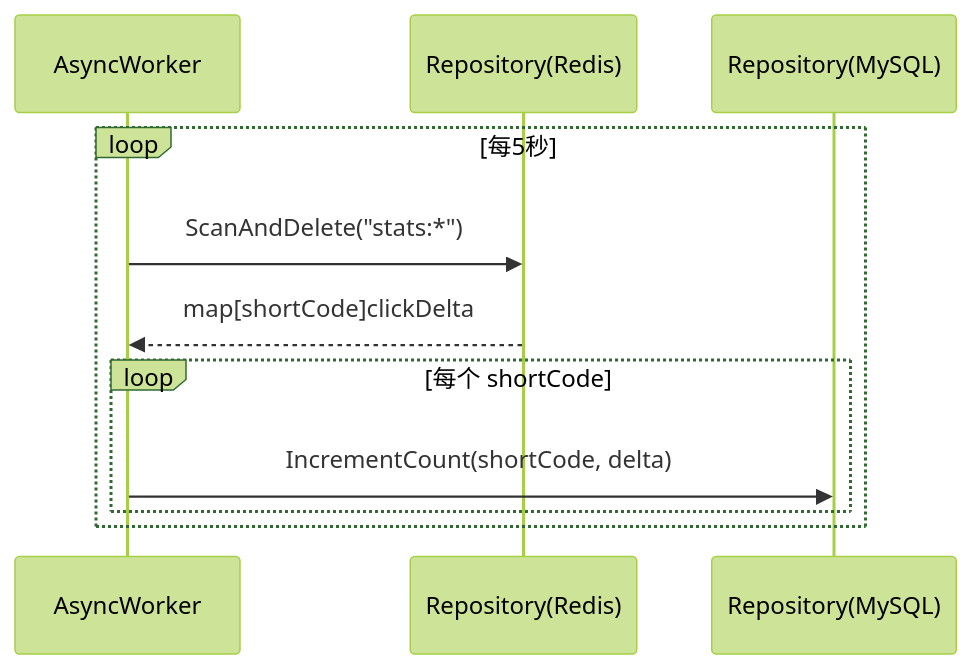
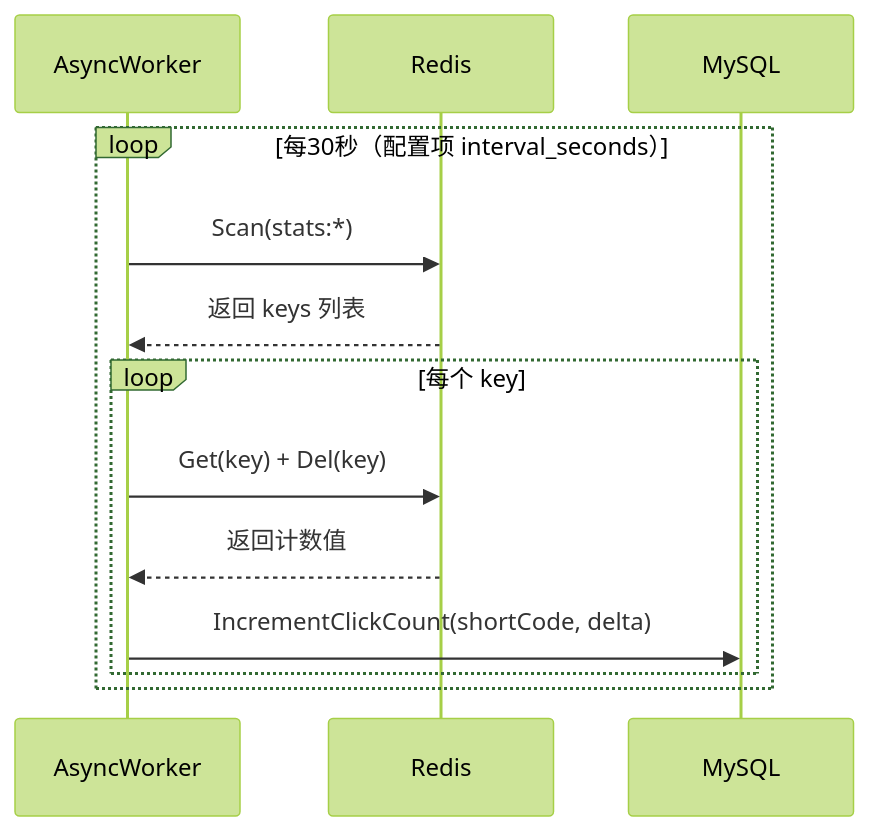
The fourth of 4 diagrams in docs/4-系统设计文档.md (alac19/se-go-url-shortener-2026), drawn with Mermaid (forest theme) before and after one commit. The commit also changed other lines of this file and 3 other files, not shown here.

````diff
--- a/docs/4-系统设计文档.md
+++ b/docs/4-系统设计文档.md
@@ -262,10 +298,12 @@
 ```mermaid
 sequenceDiagram
-    loop 每5秒
-        AsyncWorker->>Repository(Redis): ScanAndDelete("stats:*")
-        Repository(Redis)-->>AsyncWorker: map[shortCode]clickDelta
-        loop 每个 shortCode
-            AsyncWorker->>Repository(MySQL): IncrementCount(shortCode, delta)
+    loop 每30秒（配置项 interval_seconds）
+        AsyncWorker->>Redis: Scan(stats:*)
+        Redis-->>AsyncWorker: 返回 keys 列表
+        loop 每个 key
+            AsyncWorker->>Redis: Get(key) + Del(key)
+            Redis-->>AsyncWorker: 返回计数值
+            AsyncWorker->>MySQL: IncrementClickCount(shortCode, delta)
         end
     end
 ```
````
